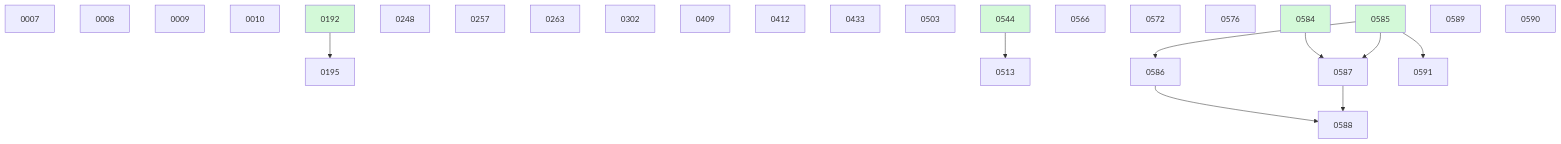
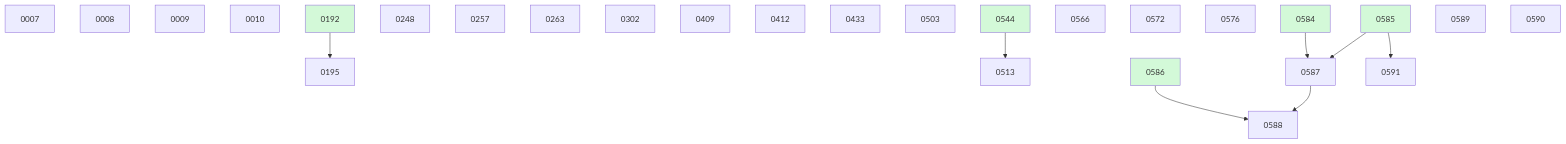
The diagram in docs/changes/BOARD.md (danielhanold/docket), drawn with Mermaid before and after one commit. The commit also changed other lines of this file and 4 other files, not shown here.

````diff
--- a/docs/changes/BOARD.md
+++ b/docs/changes/BOARD.md
@@ -43,33 +37,33 @@
 ```mermaid
 graph TD
   0007
   0008
   0009
   0010
   0192 --> 0195
   0248
   0257
   0263
   0302
   0409
   0412
   0433
   0503
   0544 --> 0513
   0566
   0572
   0576
-  0585 --> 0586
   0584 --> 0587
   0585 --> 0587
   0586 --> 0588
   0587 --> 0588
   0589
   0590
   0585 --> 0591
   0192:::done
   0544:::done
   0584:::done
   0585:::done
+  0586:::done
   classDef done fill:#d3f9d8;
 ```
````
